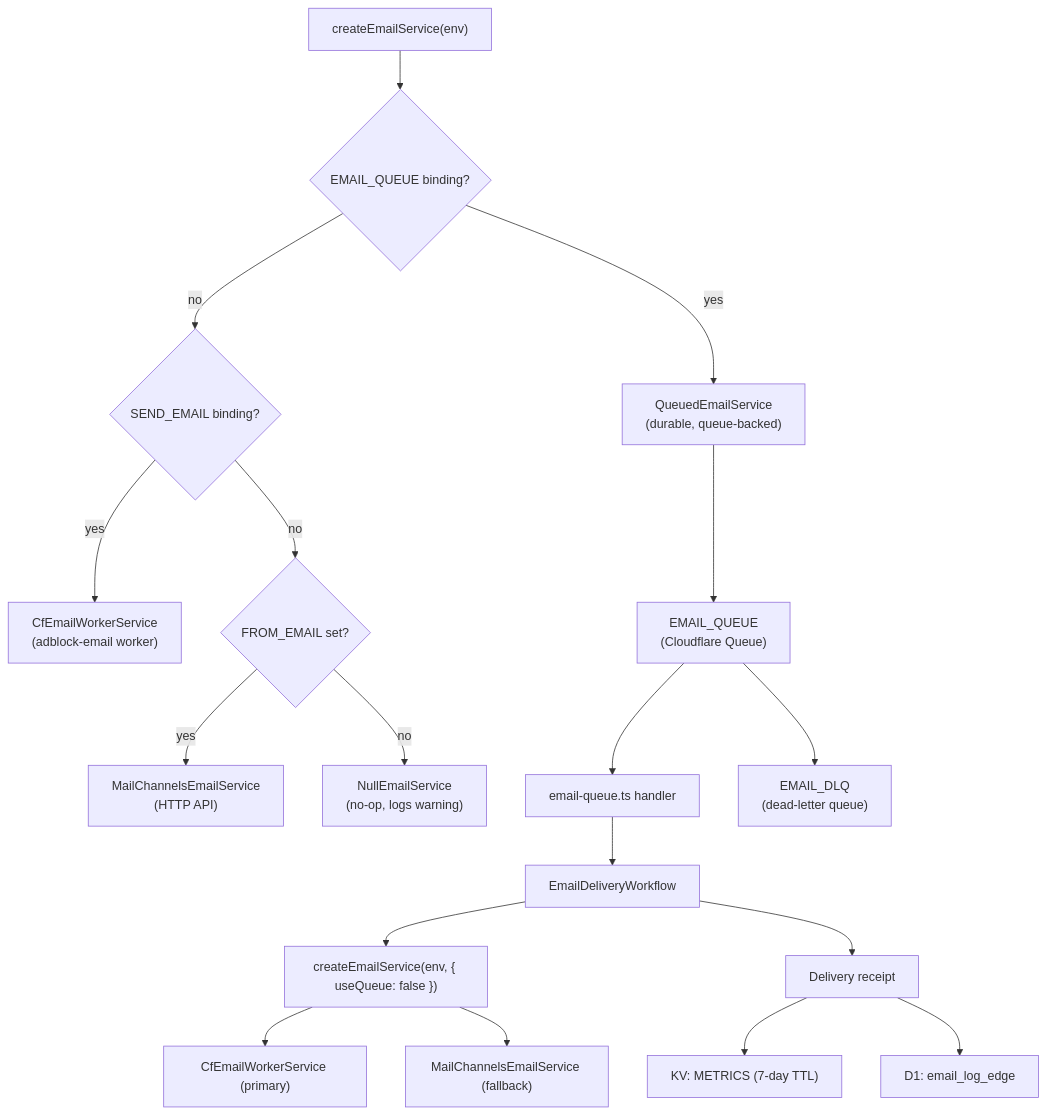
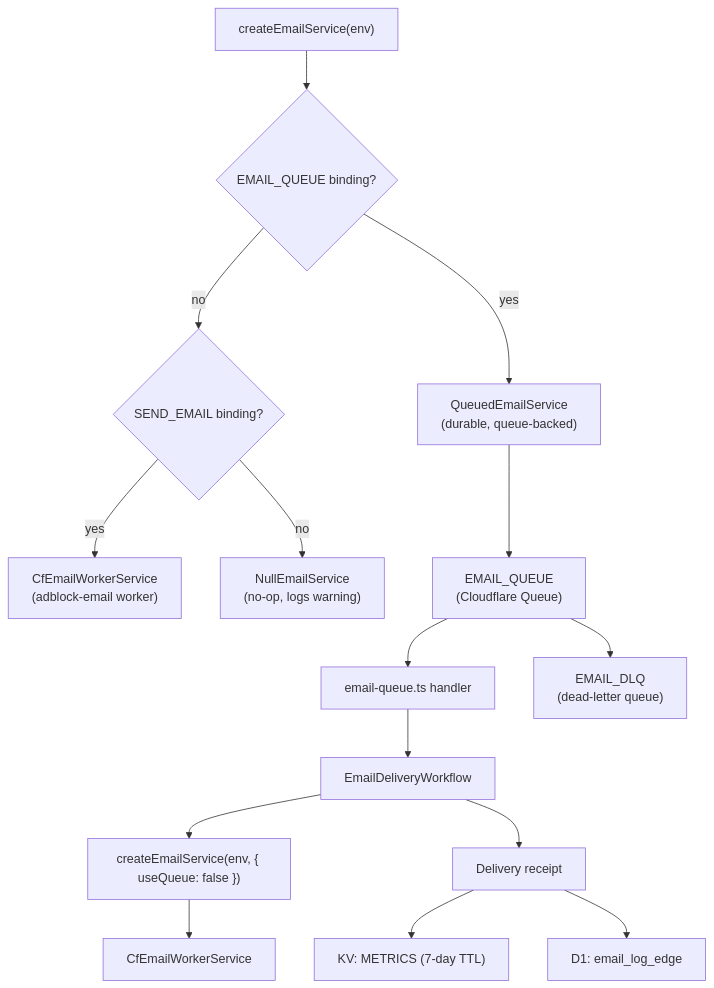
One commit to jaypatrick/adblock-compiler changed the diagram in docs/cloudflare/EMAIL_SERVICE.md. Above: the diagram before and after it, drawn with Mermaid. The commit also changed other lines of this file and 9 other files, not shown here.

First line of the commit message:
Remove MailChannelsEmailService — replace with NullEmailService fallback (priority 3) (#1669)

````diff
--- a/docs/cloudflare/EMAIL_SERVICE.md
+++ b/docs/cloudflare/EMAIL_SERVICE.md
@@ -9,22 +9,19 @@
 ```mermaid
 flowchart TD
     Factory["createEmailService(env)"] --> P1{EMAIL_QUEUE binding?}
     P1 -- yes --> QSvc["QueuedEmailService\n(durable, queue-backed)"]
     P1 -- no --> P2{SEND_EMAIL binding?}
     P2 -- yes --> CFSvc["CfEmailWorkerService\n(adblock-email worker)"]
-    P2 -- no --> P3{FROM_EMAIL set?}
-    P3 -- yes --> MCSvc["MailChannelsEmailService\n(HTTP API)"]
-    P3 -- no --> NullSvc["NullEmailService\n(no-op, logs warning)"]
+    P2 -- no --> NullSvc["NullEmailService\n(no-op, logs warning)"]
 
     QSvc --> Queue["EMAIL_QUEUE\n(Cloudflare Queue)"]
     Queue --> QHandler["email-queue.ts handler"]
     QHandler --> WF["EmailDeliveryWorkflow"]
     WF --> DirectFactory["createEmailService(env, { useQueue: false })"]
-    DirectFactory --> CFSvc2["CfEmailWorkerService (primary)"]
-    DirectFactory --> MCSvc2["MailChannelsEmailService (fallback)"]
+    DirectFactory --> CFSvc2["CfEmailWorkerService"]
     WF --> Receipt["Delivery receipt"]
     Receipt --> KV["KV: METRICS (7-day TTL)"]
     Receipt --> D1["D1: email_log_edge"]
 
     Queue --> DLQ["EMAIL_DLQ\n(dead-letter queue)"]
 ```
````
